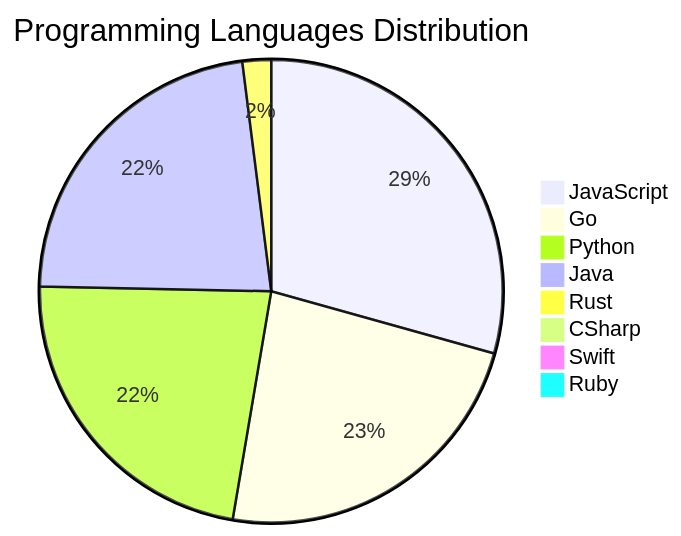
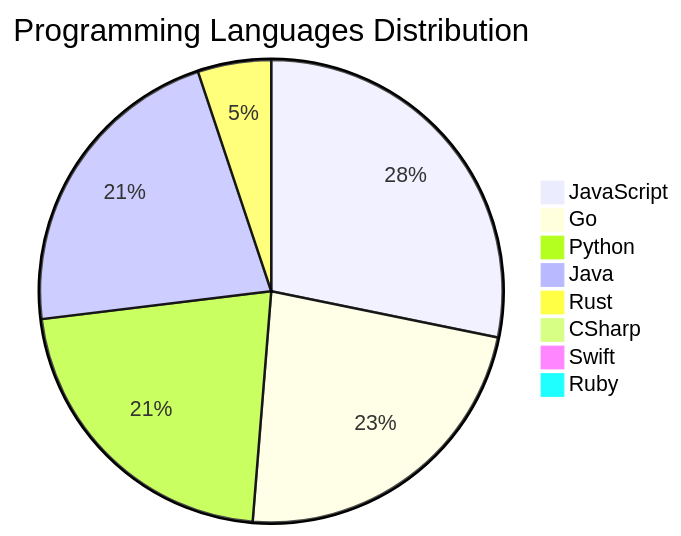
One commit to Derrick-MUGISHA/github-activity-bot changed the diagram in README.md. Above: the diagram before and after it, drawn with Mermaid. The commit also changed other lines of this file and 4 other files, not shown here.

````diff
--- a/README.md
+++ b/README.md
@@ -209,11 +209,11 @@
 ```mermaid
 pie title Programming Languages Distribution
     "JavaScript" : 44
-    "Go" : 35
+    "Go" : 36
     "Python" : 34
     "Java" : 34
-    "Rust" : 3
+    "Rust" : 8
     "CSharp" : 1
     "Swift" : 1
     "Ruby" : 1
 ```
````
